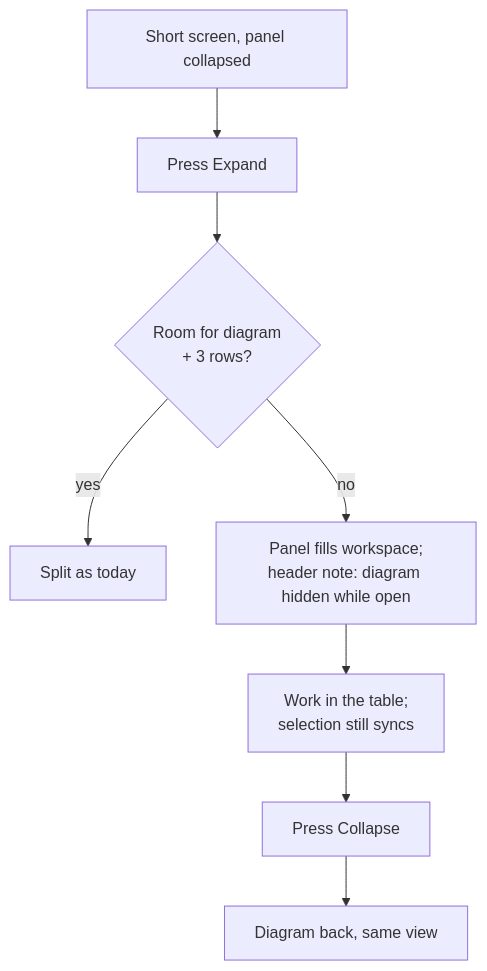
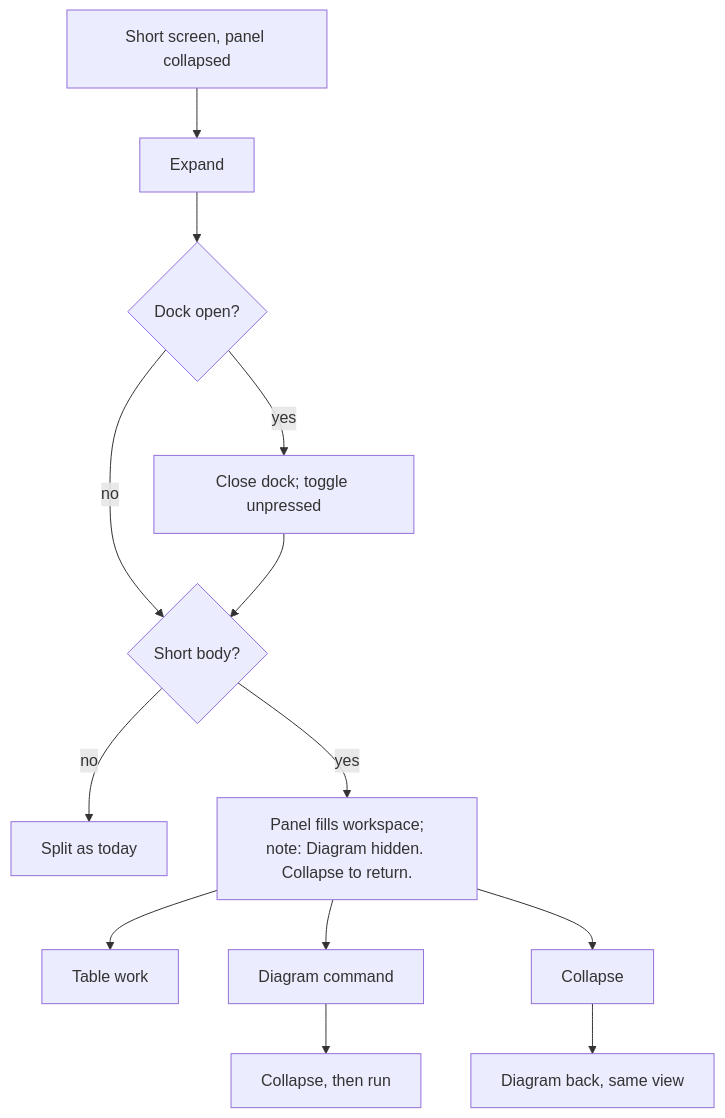
One commit to HuttonHomeHub/SchedulePoint_1 changed the third of 3 diagrams in docs/specs/short-screen-vertical-budget/feature-spec.md. Above: the diagram before and after it, drawn with Mermaid. The commit also changed other lines of this file and 1 other file, not shown here.

First line of the commit message:
docs(docs): fold reviewer changes into the short-screen spec

````diff
--- a/docs/specs/short-screen-vertical-budget/feature-spec.md
+++ b/docs/specs/short-screen-vertical-budget/feature-spec.md
@@ -353,9 +463,12 @@
 ```mermaid
 flowchart TD
-  A[Short screen, panel collapsed] --> B[Press Expand]
-  B --> C{Room for diagram\n+ 3 rows?}
-  C -- yes --> D[Split as today]
-  C -- no --> E[Panel fills workspace;\nheader note: diagram hidden while open]
-  E --> F[Work in the table;\nselection still syncs]
-  F --> G[Press Collapse] --> H[Diagram back, same view]
+  A[Short screen, panel collapsed] --> B[Expand]
+  B --> D{Dock open?} -- yes --> E[Close dock; toggle unpressed]
+  D -- no --> F
+  E --> F{Short body?}
+  F -- no --> G[Split as today]
+  F -- yes --> H[Panel fills workspace;\nnote: Diagram hidden. Collapse to return.]
+  H --> I[Table work]
+  H --> J[Diagram command] --> K[Collapse, then run]
+  H --> L[Collapse] --> M[Diagram back, same view]
 ```
````
